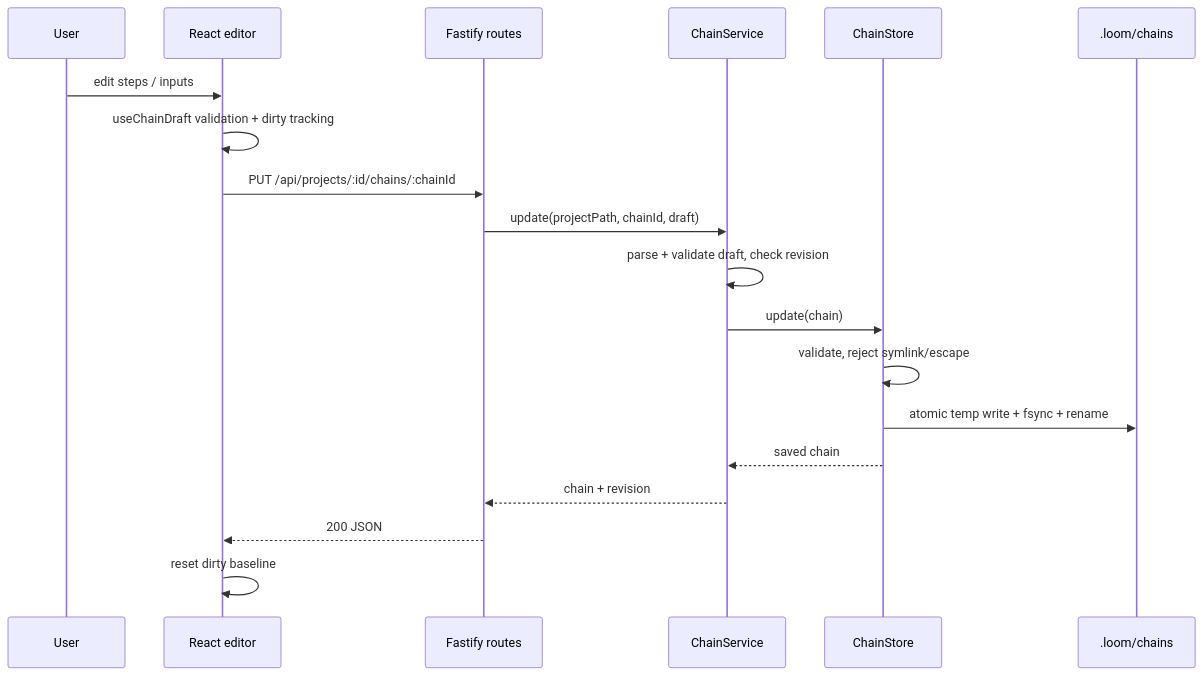
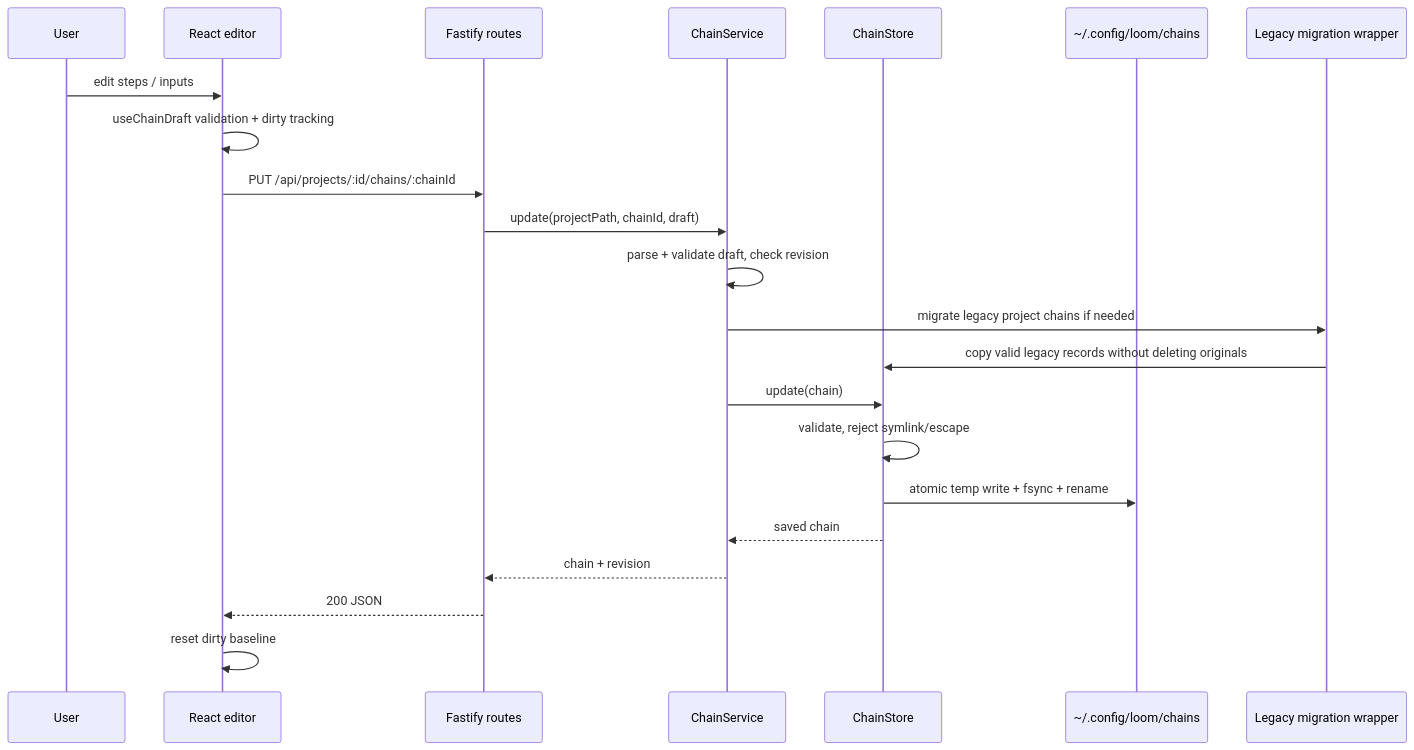
One commit to McFuzzySquirrel/skill-loom changed the fourth of 9 diagrams in Project_Architecture_Blueprint.md. Above: the diagram before and after it, drawn with Mermaid. The commit also changed other lines of this file, not shown here.

Commit message:
docs: update architecture blueprint for skills pivot

````diff
--- a/Project_Architecture_Blueprint.md
+++ b/Project_Architecture_Blueprint.md
@@ -173,22 +187,25 @@
 ```mermaid
 sequenceDiagram
   participant U as User
   participant W as React editor
   participant F as Fastify routes
   participant C as ChainService
   participant S as ChainStore
-  participant D as .loom/chains
+  participant D as ~/.config/loom/chains
+  participant M as Legacy migration wrapper
 
   U->>W: edit steps / inputs
   W->>W: useChainDraft validation + dirty tracking
   W->>F: PUT /api/projects/:id/chains/:chainId
   F->>C: update(projectPath, chainId, draft)
   C->>C: parse + validate draft, check revision
+  C->>M: migrate legacy project chains if needed
+  M->>S: copy valid legacy records without deleting originals
   C->>S: update(chain)
   S->>S: validate, reject symlink/escape
   S->>D: atomic temp write + fsync + rename
   S-->>C: saved chain
   C-->>F: chain + revision
   F-->>W: 200 JSON
   W->>W: reset dirty baseline
 ```
````
